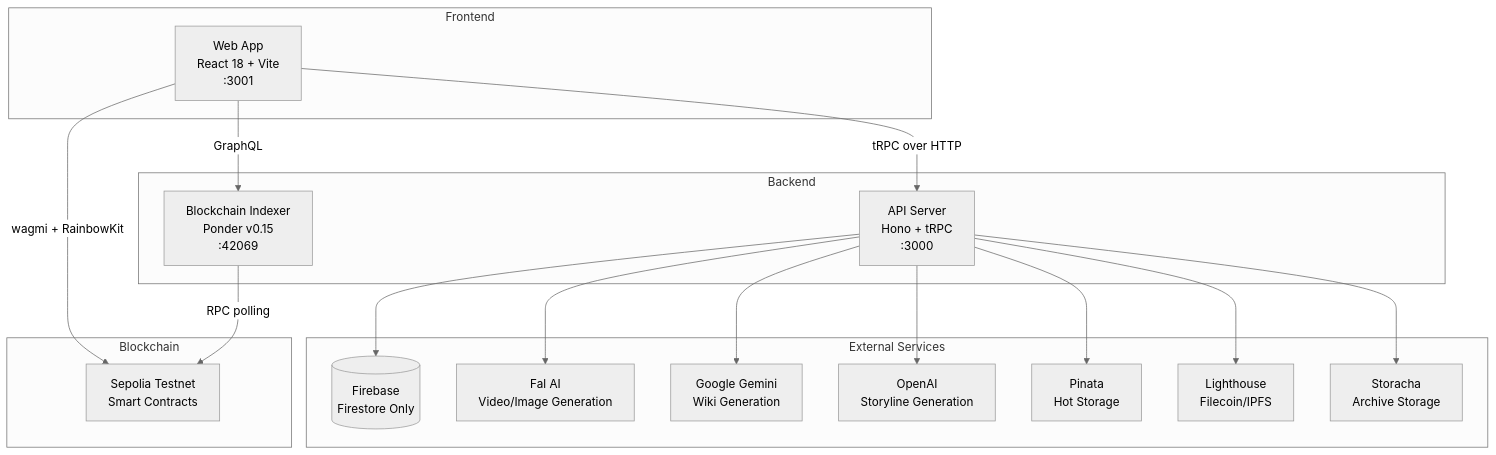
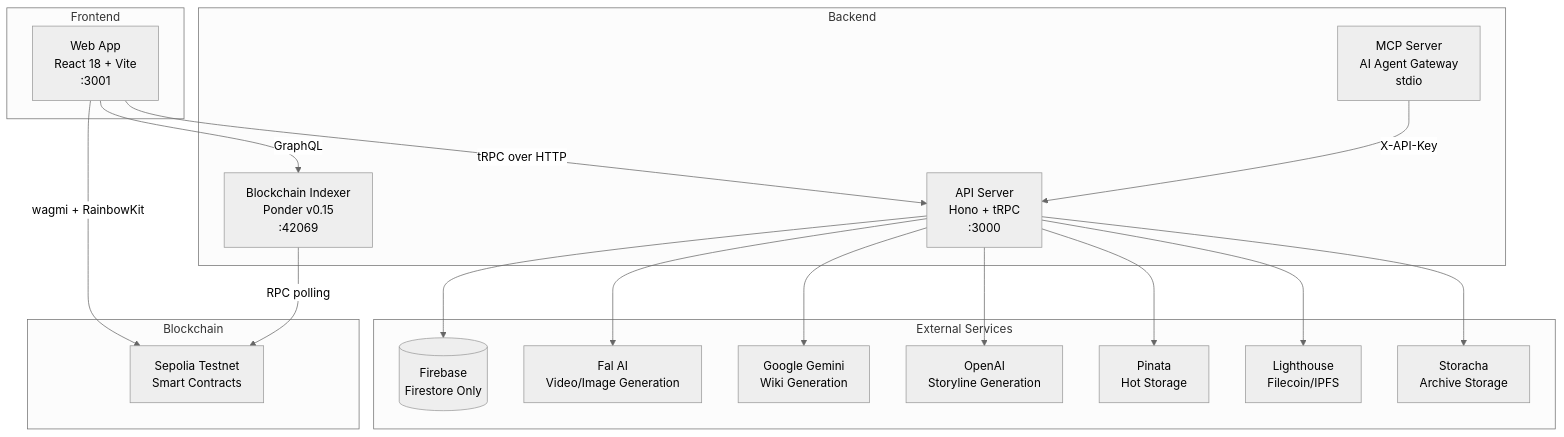
The first of 2 diagrams in docs/architecture.md (EcosystemNetwork/loar), drawn with Mermaid (neutral theme) before and after one commit. The commit also changed other lines of this file and 147 other files, not shown here.

Commit message:
feat: implement AI agent pipelines, treasury management, content licensing, and private workspace infrastructure across web, server, and contracts.

````diff
--- a/docs/architecture.md
+++ b/docs/architecture.md
@@ -5,39 +5,42 @@
 ```mermaid
 graph TD
     subgraph Frontend
         WEB[Web App<br/>React 18 + Vite<br/>:3001]
     end
 
     subgraph Backend
         SERVER[API Server<br/>Hono + tRPC<br/>:3000]
         INDEXER[Blockchain Indexer<br/>Ponder v0.15<br/>:42069]
+        MCP[MCP Server<br/>AI Agent Gateway<br/>stdio]
     end
 
     subgraph External Services
         FIREBASE[(Firebase<br/>Firestore Only)]
         FAL[Fal AI<br/>Video/Image Generation]
         GEMINI[Google Gemini<br/>Wiki Generation]
         OPENAI[OpenAI<br/>Storyline Generation]
         PINATA[Pinata<br/>Hot Storage]
         LIGHTHOUSE[Lighthouse<br/>Filecoin/IPFS]
         STORACHA[Storacha<br/>Archive Storage]
     end
 
     subgraph Blockchain
         SEPOLIA[Sepolia Testnet<br/>Smart Contracts]
     end
 
     WEB -->|tRPC over HTTP| SERVER
     WEB -->|GraphQL| INDEXER
     WEB -->|wagmi + RainbowKit| SEPOLIA
 
     SERVER --> FIREBASE
     SERVER --> FAL
     SERVER --> GEMINI
     SERVER --> OPENAI
     SERVER --> PINATA
     SERVER --> LIGHTHOUSE
     SERVER --> STORACHA
 
     INDEXER -->|RPC polling| SEPOLIA
+
+    MCP -->|X-API-Key| SERVER
 ```
````
